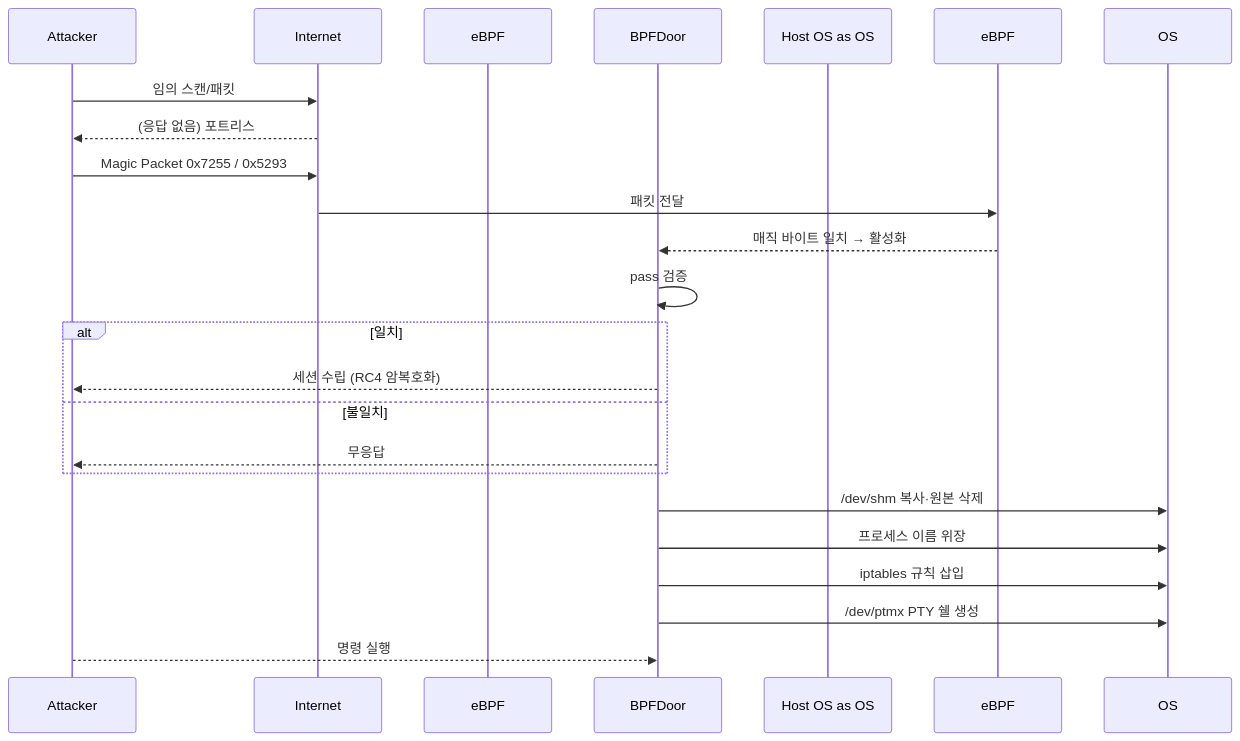
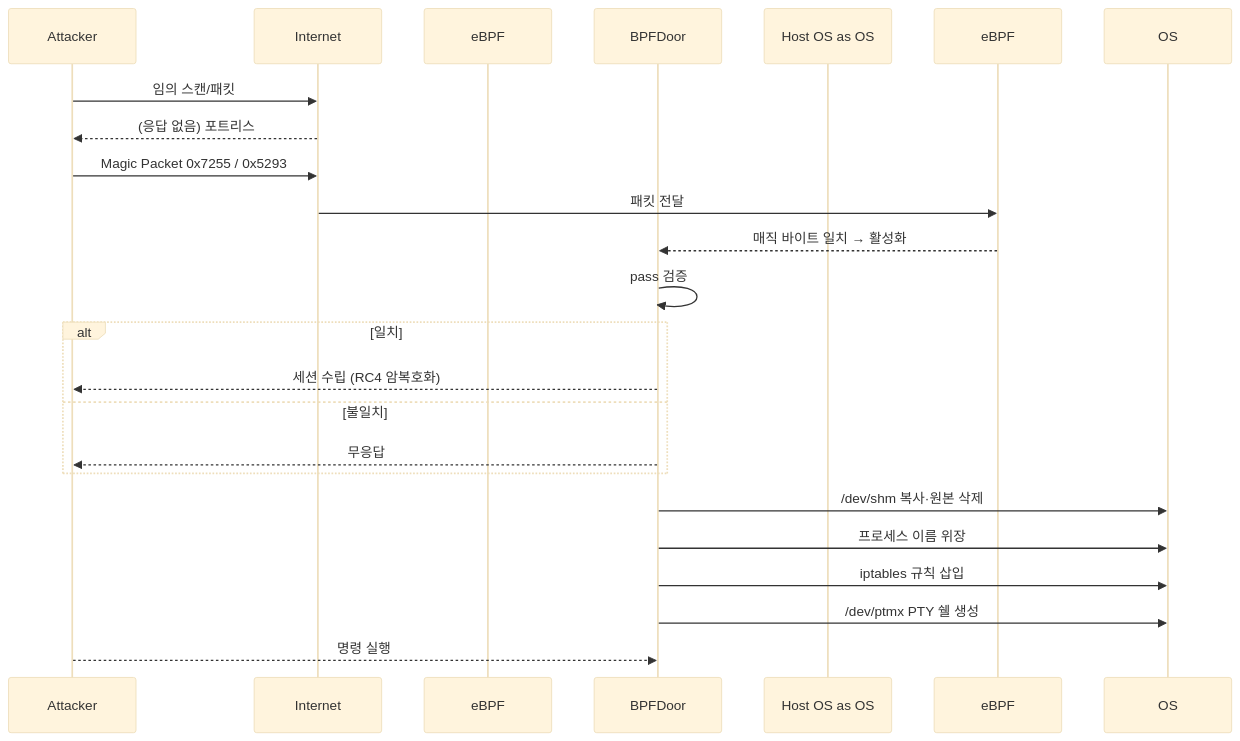
The diagram in content/ko/respond/bpfdoor.md (qubitsec/blog), drawn with Mermaid before and after one commit. The commit also changed other lines of this file, not shown here.

````diff
--- a/content/ko/respond/bpfdoor.md
+++ b/content/ko/respond/bpfdoor.md
@@ -58,32 +60,33 @@
 ```mermaid
+%%{ init: { "theme": "base" } }%%
 sequenceDiagram
     participant Attacker
     participant Internet
     participant Kernel/eBPF as eBPF
     participant BPFDoor
     participant Host OS as OS
 
     %% 매직 바이트 수신 전
     Attacker->>Internet: 임의 스캔/패킷
     Internet-->>Attacker: (응답 없음) 포트리스
 
     %% 매직 바이트 & 활성화
     Attacker->>Internet: Magic Packet 0x7255 / 0x5293
     Internet->>eBPF: 패킷 전달
     eBPF-->>BPFDoor: 매직 바이트 일치 → 활성화
 
     %% 패스워드·RC4 인증
     BPFDoor->>BPFDoor: pass 검증
     alt 일치
         BPFDoor-->>Attacker: 세션 수립 (RC4 암복호화)
     else 불일치
         BPFDoor-->>Attacker: 무응답
     end
 
     %% 은폐·지속화
     BPFDoor->>OS: /dev/shm 복사·원본 삭제
     BPFDoor->>OS: 프로세스 이름 위장
     BPFDoor->>OS: iptables 규칙 삽입
     BPFDoor->>OS: /dev/ptmx PTY 쉘 생성
     Attacker-->>BPFDoor: 명령 실행
 ```
````
